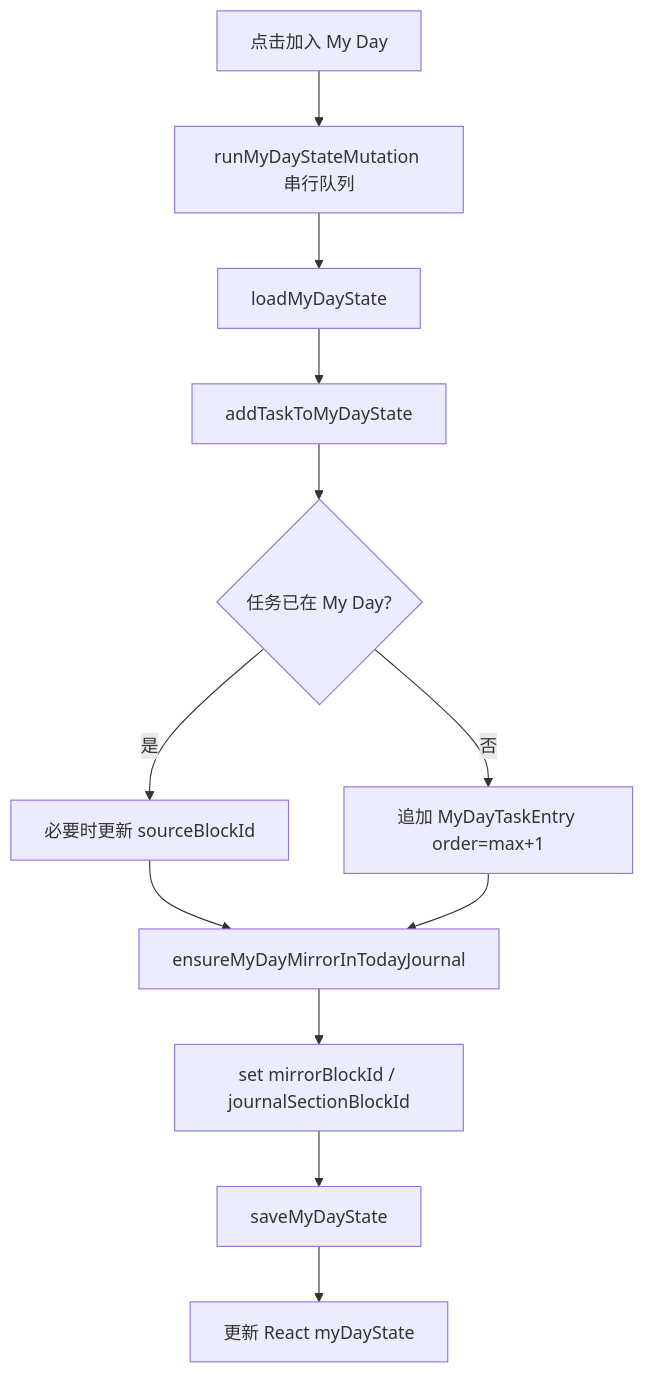
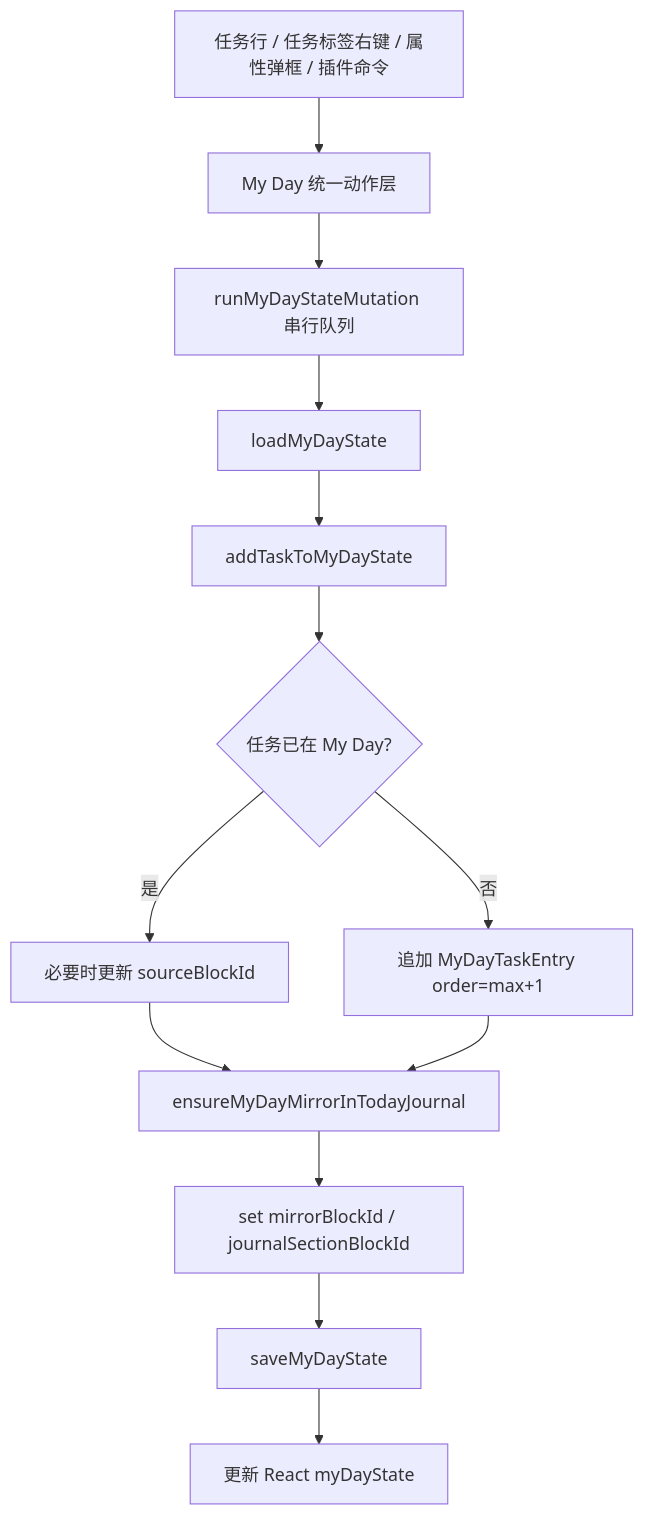
One commit to litcu/orca-plugin-task-planner changed the third of 7 diagrams in doc/数据流/06-我的一天数据流.md. Above: the diagram before and after it, drawn with Mermaid. The commit also changed other lines of this file and 6 other files, not shown here.

````diff
--- a/doc/数据流/06-我的一天数据流.md
+++ b/doc/数据流/06-我的一天数据流.md
@@ -68,14 +68,15 @@
 ```mermaid
 flowchart TD
-  UI["点击加入 My Day"] --> Chain["runMyDayStateMutation 串行队列"]
+  Entry["任务行 / 任务标签右键 / 属性弹框 / 插件命令"] --> Action["My Day 统一动作层"]
+  Action --> Chain["runMyDayStateMutation 串行队列"]
   Chain --> LoadState["loadMyDayState"]
   LoadState --> Add["addTaskToMyDayState"]
   Add --> Existing{"任务已在 My Day?"}
   Existing -- 是 --> MaybeUpdate["必要时更新 sourceBlockId"]
   Existing -- 否 --> Append["追加 MyDayTaskEntry order=max+1"]
   MaybeUpdate --> Journal["ensureMyDayMirrorInTodayJournal"]
   Append --> Journal
   Journal --> SetMirror["set mirrorBlockId / journalSectionBlockId"]
   SetMirror --> Save["saveMyDayState"]
   Save --> UIState["更新 React myDayState"]
 ```
````
